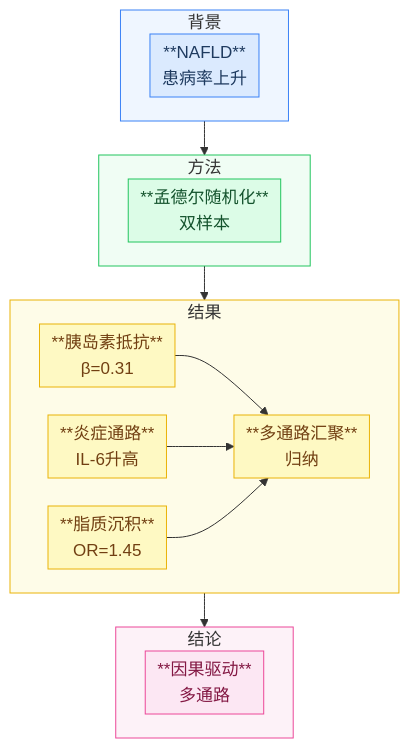
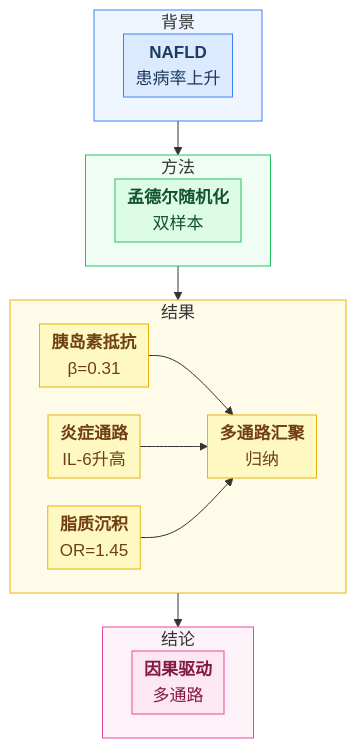
One commit to Xintheo/Paper-Reading changed the second of 2 diagrams in 1-AI指令/1.Mermaid辞典.md. Above: the diagram before and after it, drawn with Mermaid. The commit also changed other lines of this file and 9 other files, not shown here.

````diff
--- a/1-AI指令/1.Mermaid辞典.md
+++ b/1-AI指令/1.Mermaid辞典.md
@@ -140,41 +143,41 @@
 ```mermaid
 %%{init: {'flowchart': {'nodeSpacing': 28, 'rankSpacing': 34, 'padding': 6}, 'themeVariables': {'fontSize': '17px'}}}%%
 flowchart TD
   subgraph 背景
     direction LR
-    A[**NAFLD**<br/>患病率上升]
+    A["<b>NAFLD</b><br/>患病率上升"]
   end
   subgraph 方法
     direction LR
-    B[**孟德尔随机化**<br/>双样本]
+    B["<b>孟德尔随机化</b><br/>双样本"]
   end
   subgraph 结果
     direction LR
-    C[**胰岛素抵抗**<br/>β=0.31]
-    D[**炎症通路**<br/>IL-6升高]
-    E[**脂质沉积**<br/>OR=1.45]
-    F[**多通路汇聚**<br/>归纳]
+    C["<b>胰岛素抵抗</b><br/>β=0.31"]
+    D["<b>炎症通路</b><br/>IL-6升高"]
+    E["<b>脂质沉积</b><br/>OR=1.45"]
+    F["<b>多通路汇聚</b><br/>归纳"]
     C --> F
     D --> F
     E --> F
   end
   subgraph 结论
     direction LR
-    G[**因果驱动**<br/>多通路]
+    G["<b>因果驱动</b><br/>多通路"]
   end
   背景 --> 方法
   方法 --> 结果
   结果 --> 结论
   classDef bg fill:#dbeafe,stroke:#3b82f6,color:#1e3a5f
   classDef method fill:#dcfce7,stroke:#22c55e,color:#14532d
   classDef result fill:#fef9c3,stroke:#eab308,color:#713f12
   classDef conclusion fill:#fce7f3,stroke:#ec4899,color:#831843
   class A bg
   class B method
   class C,D,E,F result
   class G conclusion
   style 背景 fill:#eff6ff,stroke:#3b82f6
   style 方法 fill:#f0fdf4,stroke:#22c55e
   style 结果 fill:#fefce8,stroke:#eab308
   style 结论 fill:#fdf2f8,stroke:#ec4899
 ```
````
